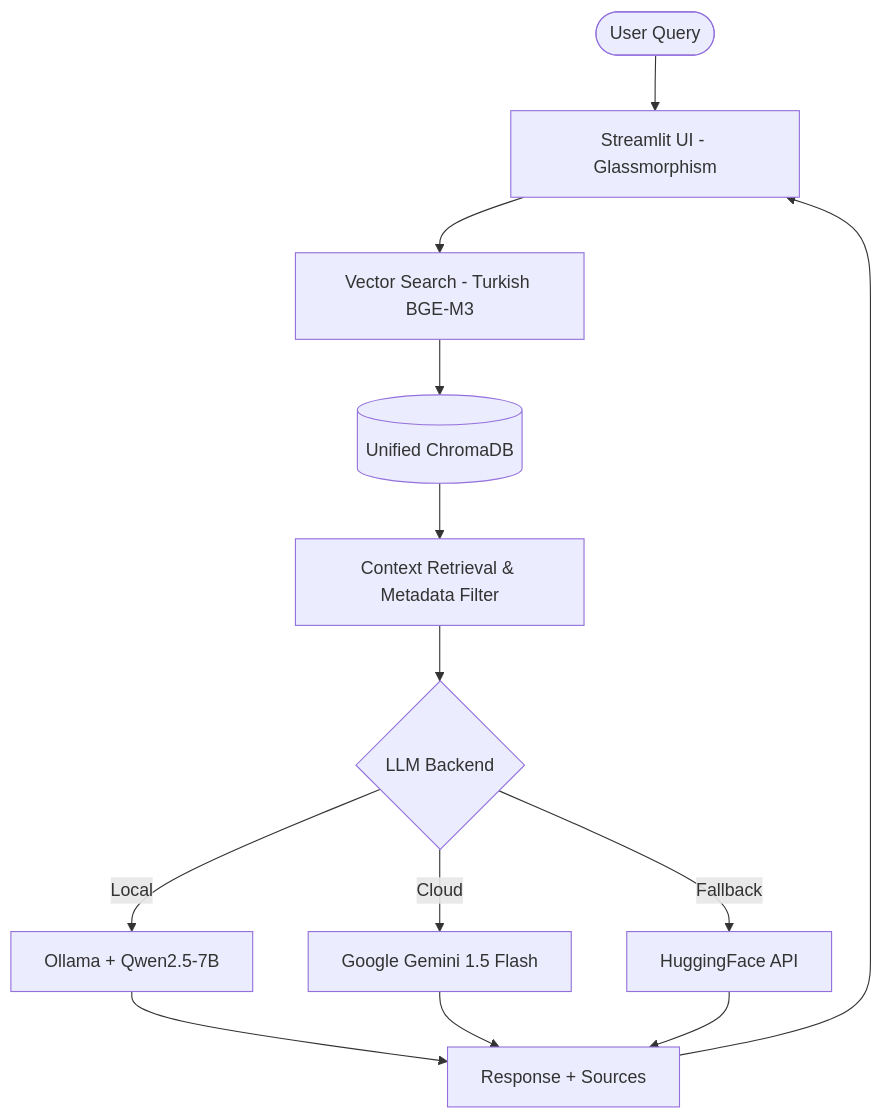
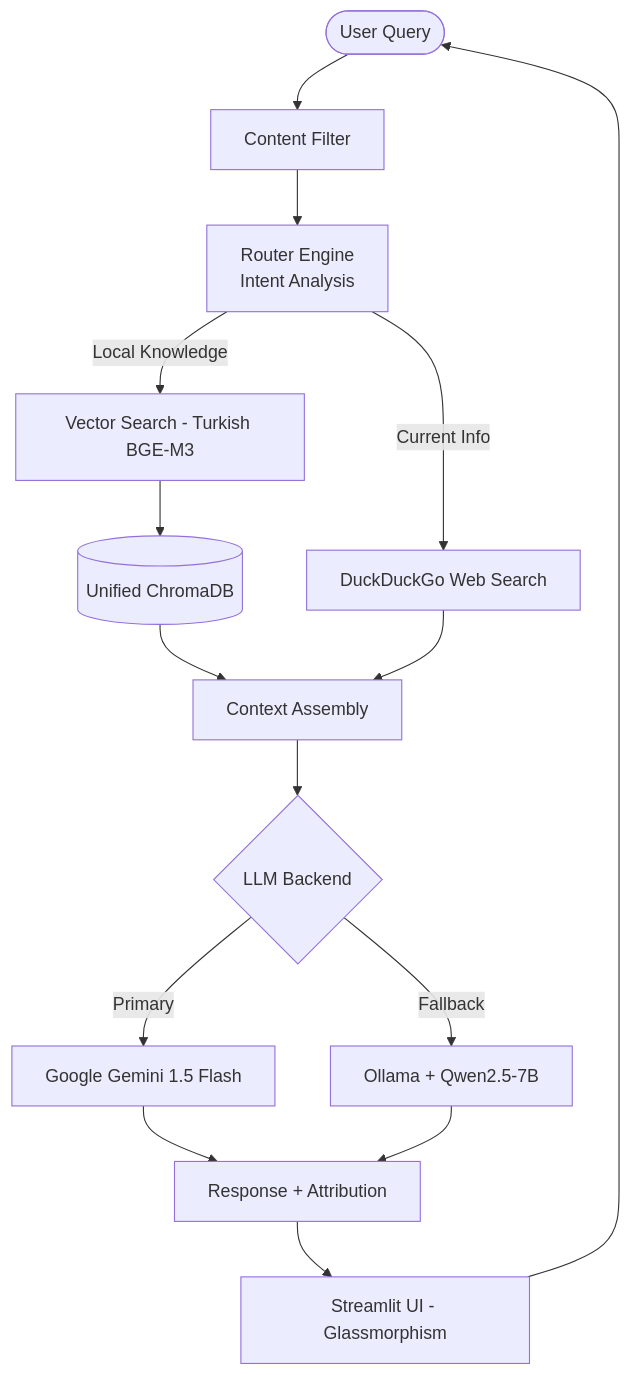
Before and after one commit to barancanercan/mizan-ai: the diagram in README.md, drawn with Mermaid. The commit also changed other lines of this file and 2 other files, not shown here.

````diff
--- a/README.md
+++ b/README.md
@@ -59,15 +67,17 @@
 ```mermaid
 graph TD
-    User([User Query]) --> UI[Streamlit UI - Glassmorphism]
-    UI --> Search[Vector Search - Turkish BGE-M3]
-    Search --> DB[(Unified ChromaDB)]
-    DB --> Context[Context Retrieval & Metadata Filter]
+    User([User Query]) --> Filter[Content Filter]
+    Filter --> Router[Router Engine<br/>Intent Analysis]
+    Router -->|Local Knowledge| VectorSearch[Vector Search - Turkish BGE-M3]
+    Router -->|Current Info| WebSearch[DuckDuckGo Web Search]
+    VectorSearch --> DB[(Unified ChromaDB)]
+    DB --> Context[Context Assembly]
+    WebSearch --> Context
     Context --> LLM{LLM Backend}
-    LLM -->|Local| Ollama[Ollama + Qwen2.5-7B]
-    LLM -->|Cloud| Gemini[Google Gemini 1.5 Flash]
-    LLM -->|Fallback| HF[HuggingFace API]
-    Ollama --> Response[Response + Sources]
-    Gemini --> Response
-    HF --> Response
-    Response --> UI
+    LLM -->|Primary| Gemini[Google Gemini 1.5 Flash]
+    LLM -->|Fallback| Ollama[Ollama + Qwen2.5-7B]
+    Gemini --> Response[Response + Attribution]
+    Ollama --> Response
+    Response --> UI[Streamlit UI - Glassmorphism]
+    UI --> User
 ```
````
